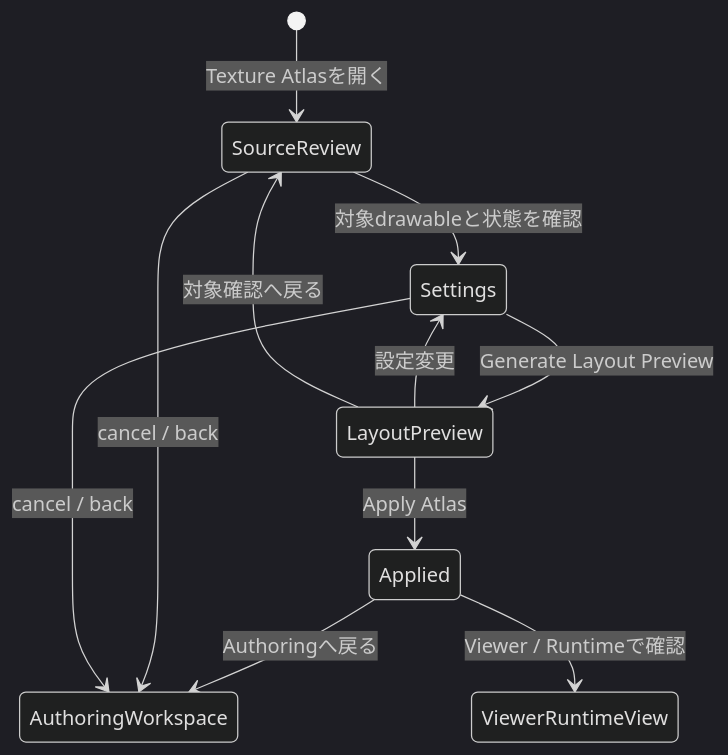
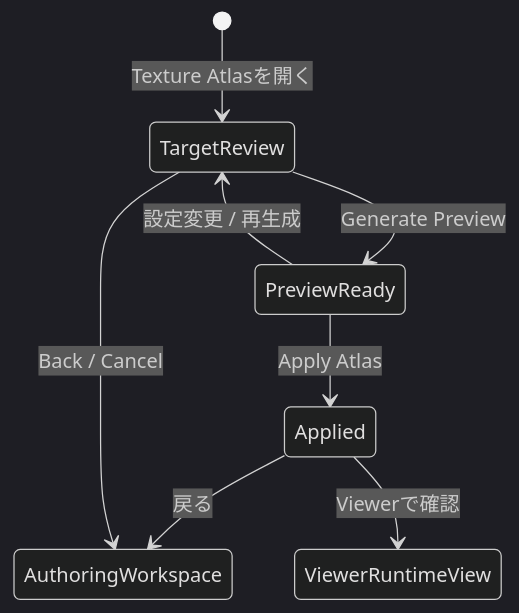
The diagram in discussion/design/screen-design/screens/texture-atlas-task.md (remie-code/2d-rigging-lab), drawn with Mermaid (dark theme) before and after one commit. The commit also changed other lines of this file and 46 other files, not shown here.

````diff
--- a/discussion/design/screen-design/screens/texture-atlas-task.md
+++ b/discussion/design/screen-design/screens/texture-atlas-task.md
@@ -45,13 +79,10 @@
 ```mermaid
 stateDiagram-v2
-  [*] --> SourceReview: Texture Atlasを開く
-  SourceReview --> Settings: 対象drawableと状態を確認
-  Settings --> LayoutPreview: Generate Layout Preview
-  LayoutPreview --> Settings: 設定変更
-  LayoutPreview --> SourceReview: 対象確認へ戻る
-  LayoutPreview --> Applied: Apply Atlas
-  Applied --> AuthoringWorkspace: Authoringへ戻る
-  Applied --> ViewerRuntimeView: Viewer / Runtimeで確認
-  SourceReview --> AuthoringWorkspace: cancel / back
-  Settings --> AuthoringWorkspace: cancel / back
+  [*] --> TargetReview: Texture Atlasを開く
+  TargetReview --> PreviewReady: Generate Preview
+  PreviewReady --> TargetReview: 設定変更 / 再生成
+  PreviewReady --> Applied: Apply Atlas
+  Applied --> AuthoringWorkspace: 戻る
+  Applied --> ViewerRuntimeView: Viewerで確認
+  TargetReview --> AuthoringWorkspace: Back / Cancel
 ```
````
